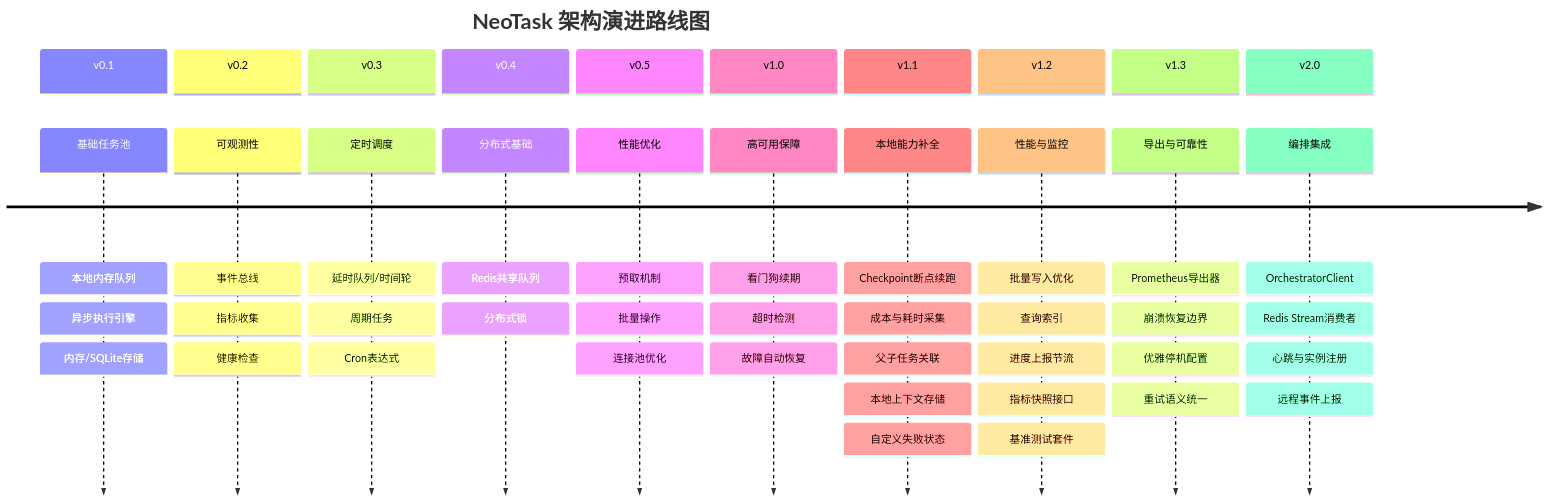
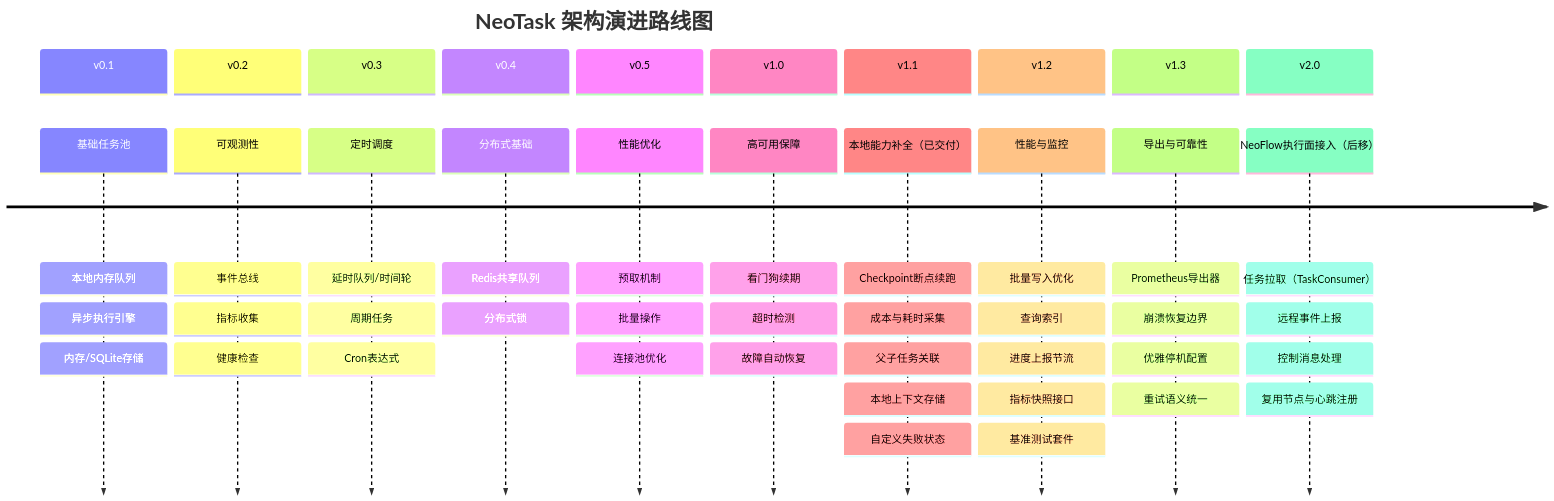
The second of 2 diagrams in README_zh.md (neopen/neotask), drawn with Mermaid before and after one commit. The commit also changed other lines of this file and 1 other file, not shown here.

First line of the commit message:
docs(readme): 双语路线图与架构图同步 v1.1 已交付与执行面定位

````diff
--- a/README_zh.md
+++ b/README_zh.md
@@ -151,59 +149,59 @@
 ```mermaid
 timeline
     title NeoTask 架构演进路线图
 
     section v0.1
         基础任务池 : 本地内存队列
                    : 异步执行引擎
                    : 内存/SQLite存储
 
     section v0.2
         可观测性 : 事件总线
                  : 指标收集
                  : 健康检查
 
     section v0.3
         定时调度 : 延时队列/时间轮
                  : 周期任务
                  : Cron表达式
 
     section v0.4
         分布式基础 : Redis共享队列
                    : 分布式锁
 
     section v0.5
         性能优化 : 预取机制
                  : 批量操作
                  : 连接池优化
 
     section v1.0
         高可用保障 : 看门狗续期
                    : 超时检测
                    : 故障自动恢复
 
     section v1.1
-        本地能力补全 : Checkpoint断点续跑
-                     : 成本与耗时采集
-                     : 父子任务关联
-                     : 本地上下文存储
-                     : 自定义失败状态
+        本地能力补全（已交付） : Checkpoint断点续跑
+                               : 成本与耗时采集
+                               : 父子任务关联
+                               : 本地上下文存储
+                               : 自定义失败状态
 
     section v1.2
         性能与监控 : 批量写入优化
                    : 查询索引
                    : 进度上报节流
                    : 指标快照接口
                    : 基准测试套件
 
     section v1.3
         导出与可靠性 : Prometheus导出器
                      : 崩溃恢复边界
                      : 优雅停机配置
                      : 重试语义统一
 
     section v2.0
-        编排集成 : OrchestratorClient
-                       : Redis Stream消费者
-                       : 心跳与实例注册
-                       : 远程事件上报
+        NeoFlow执行面接入（后移） : 任务拉取（TaskConsumer）
+                                 : 远程事件上报
+                                 : 控制消息处理
+                                 : 复用节点与心跳注册
 ```
````
